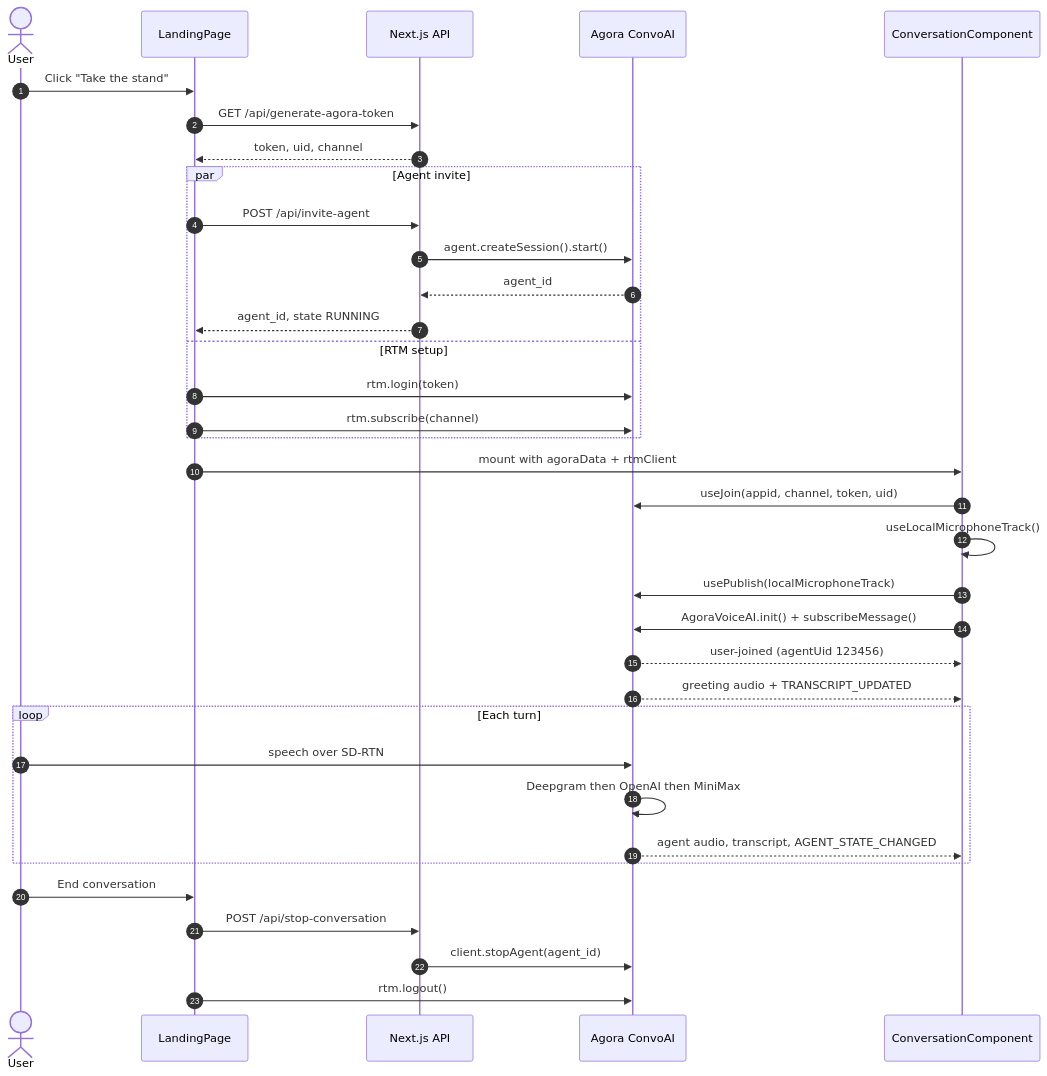
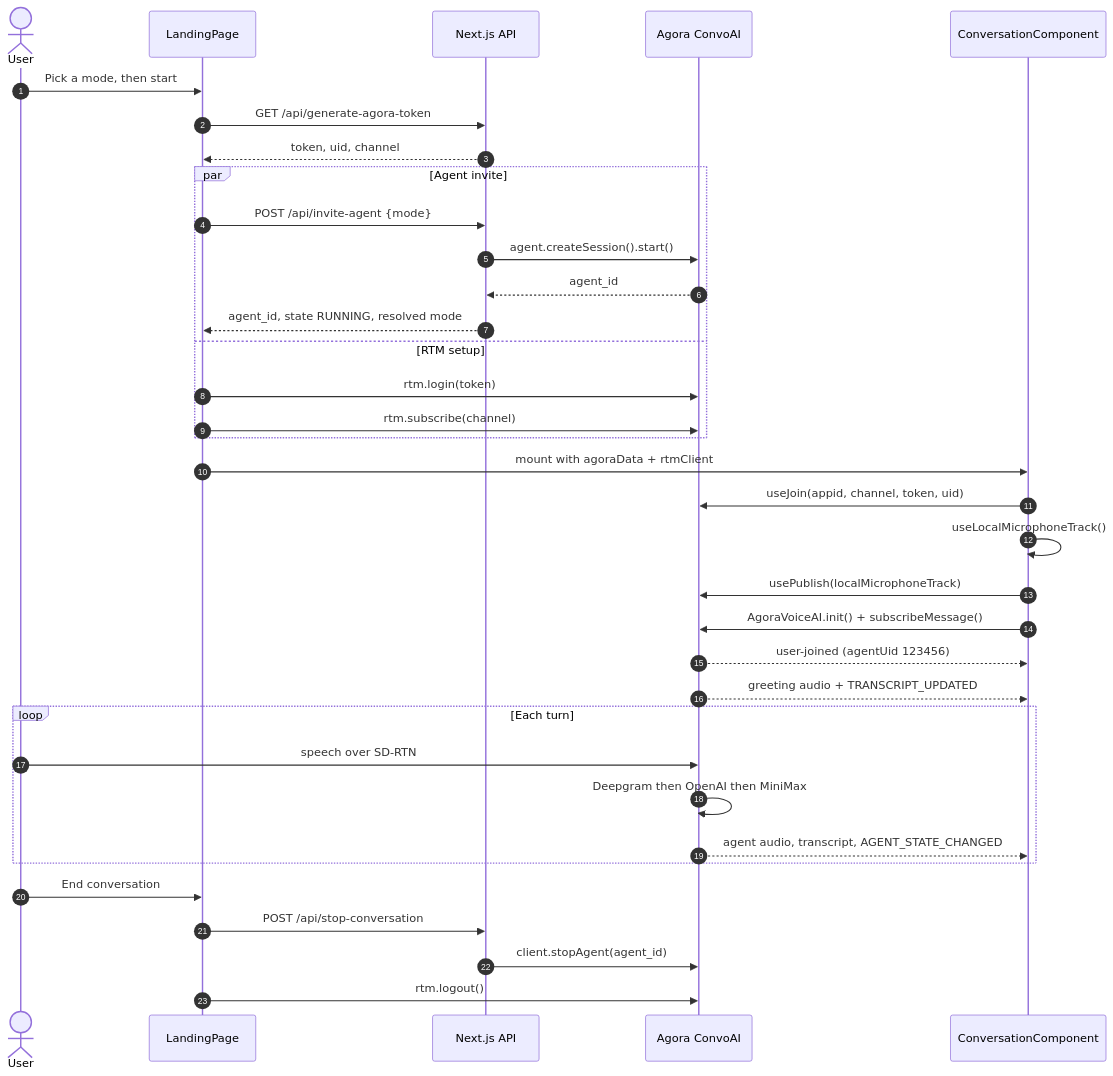
One commit to OshiSharma1222/Delphy changed the second of 6 diagrams in README.md. Above: the diagram before and after it, drawn with Mermaid. The commit also changed other lines of this file and 17 other files, not shown here.

````diff
--- a/README.md
+++ b/README.md
@@ -96,43 +106,43 @@
 ```mermaid
 sequenceDiagram
     autonumber
     actor U as User
     participant LP as LandingPage
     participant API as Next.js API
     participant AG as Agora ConvoAI
     participant CC as ConversationComponent
 
-    U->>LP: Click "Take the stand"
+    U->>LP: Pick a mode, then start
     LP->>API: GET /api/generate-agora-token
     API-->>LP: token, uid, channel
 
     par Agent invite
-        LP->>API: POST /api/invite-agent
+        LP->>API: POST /api/invite-agent {mode}
         API->>AG: agent.createSession().start()
         AG-->>API: agent_id
-        API-->>LP: agent_id, state RUNNING
+        API-->>LP: agent_id, state RUNNING, resolved mode
     and RTM setup
         LP->>AG: rtm.login(token)
         LP->>AG: rtm.subscribe(channel)
     end
 
     LP->>CC: mount with agoraData + rtmClient
     CC->>AG: useJoin(appid, channel, token, uid)
     CC->>CC: useLocalMicrophoneTrack()
     CC->>AG: usePublish(localMicrophoneTrack)
     CC->>AG: AgoraVoiceAI.init() + subscribeMessage()
 
     AG-->>CC: user-joined (agentUid 123456)
     AG-->>CC: greeting audio + TRANSCRIPT_UPDATED
 
     loop Each turn
         U->>AG: speech over SD-RTN
         AG->>AG: Deepgram then OpenAI then MiniMax
         AG-->>CC: agent audio, transcript, AGENT_STATE_CHANGED
     end
 
     U->>LP: End conversation
     LP->>API: POST /api/stop-conversation
     API->>AG: client.stopAgent(agent_id)
     LP->>AG: rtm.logout()
 ```
````
